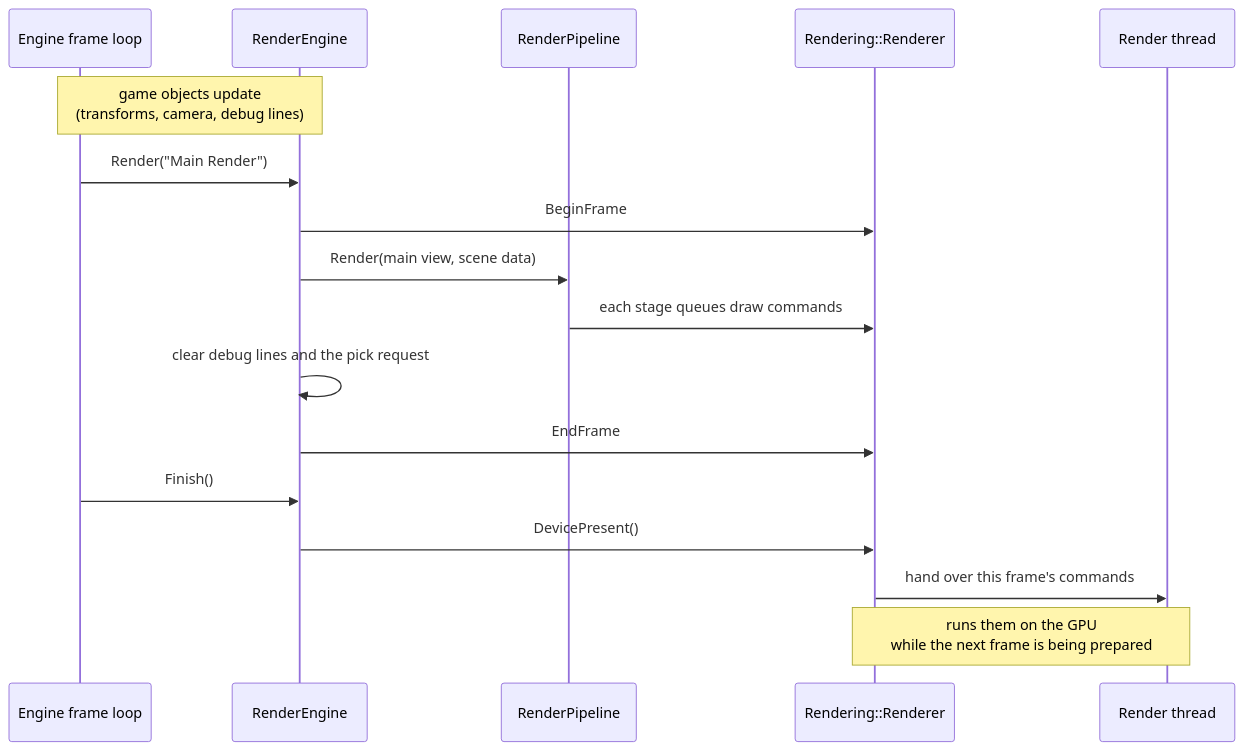
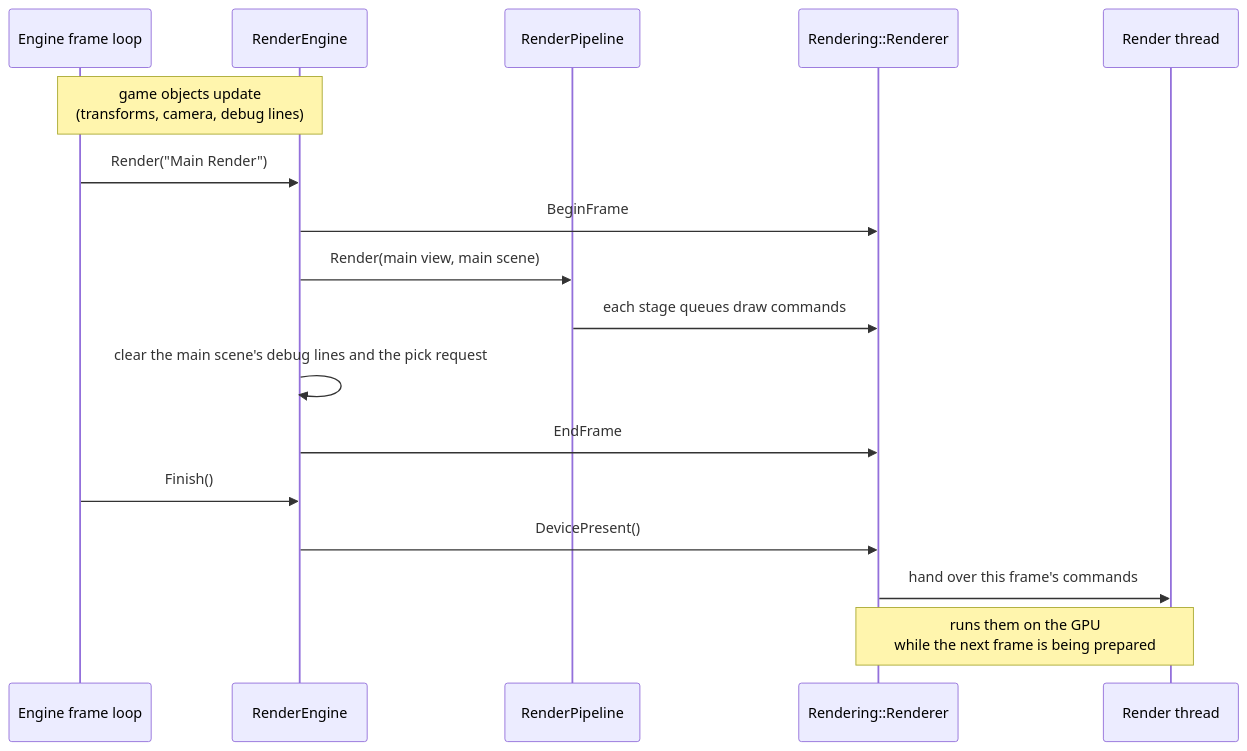
The fourth of 4 diagrams in Docs/Generated/Engine/04-Rendering/Engine-Graphics-Layer.md (b1nary0/RZE), drawn with Mermaid before and after one commit. The commit also changed other lines of this file and 22 other files, not shown here.

````diff
--- a/Docs/Generated/Engine/04-Rendering/Engine-Graphics-Layer.md
+++ b/Docs/Generated/Engine/04-Rendering/Engine-Graphics-Layer.md
@@ -96,21 +113,21 @@
 ```mermaid
 %%{init: {'flowchart': {'subGraphTitleMargin': {'top': 6, 'bottom': 10}}, 'themeCSS': '.labelBkg, .edgeLabel { background-color: var(--background-primary) !important; } .messageText, .labelText, .loopText { paint-order: stroke; stroke: var(--background-primary); stroke-width: 5px; stroke-linejoin: round; }'}}%%
 sequenceDiagram
     participant Main as Engine frame loop
     participant RE as RenderEngine
     participant PL as RenderPipeline
     participant R as Rendering::Renderer
     participant RT as Render thread
 
     Note over Main,RE: game objects update<br/>(transforms, camera, debug lines)
     Main->>RE: Render("Main Render")
     RE->>R: BeginFrame
-    RE->>PL: Render(main view, scene data)
+    RE->>PL: Render(main view, main scene)
     PL->>R: each stage queues draw commands
-    RE->>RE: clear debug lines and the pick request
+    RE->>RE: clear the main scene's debug lines and the pick request
     RE->>R: EndFrame
     Main->>RE: Finish()
     RE->>R: DevicePresent()
     R->>RT: hand over this frame's commands
     Note over R,RT: runs them on the GPU<br/>while the next frame is being prepared
 ```
````
